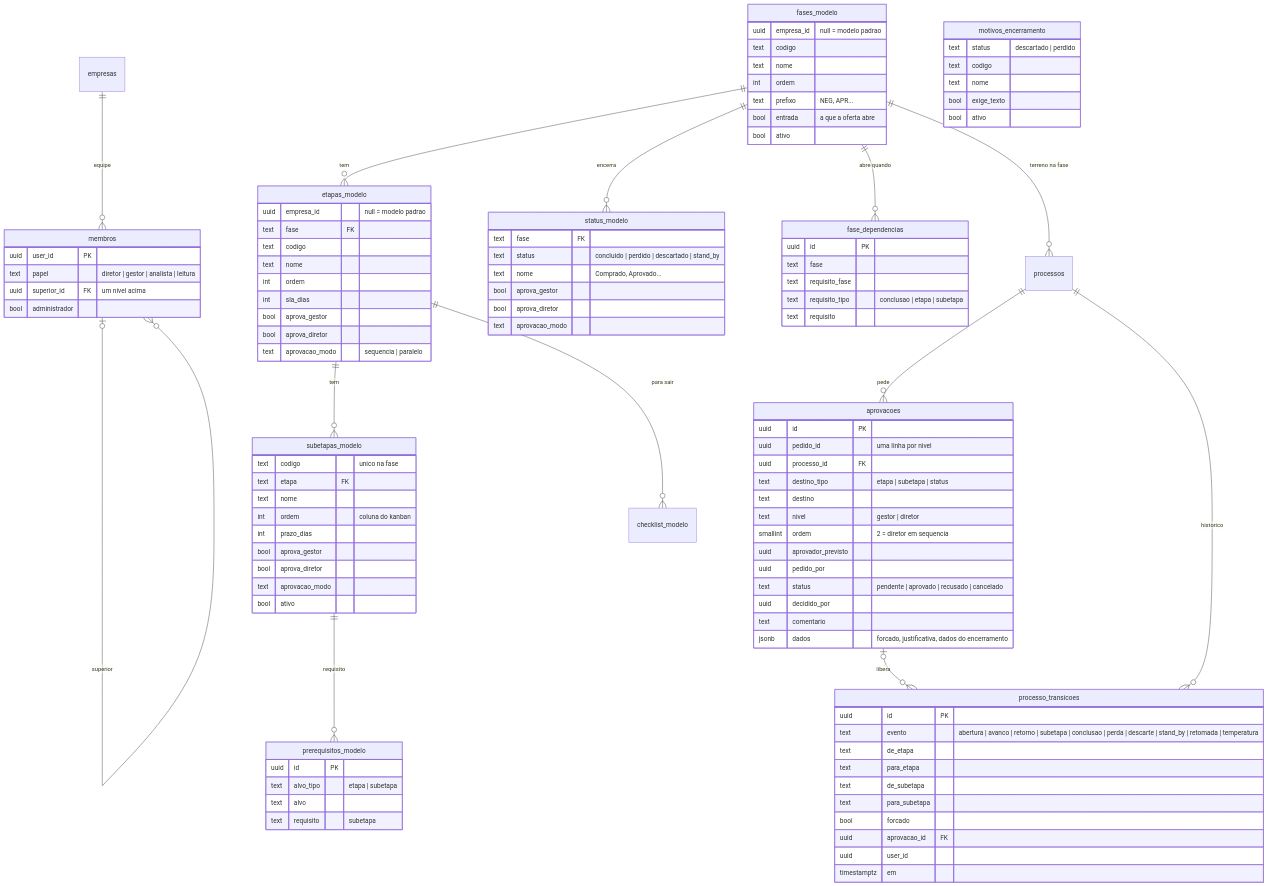
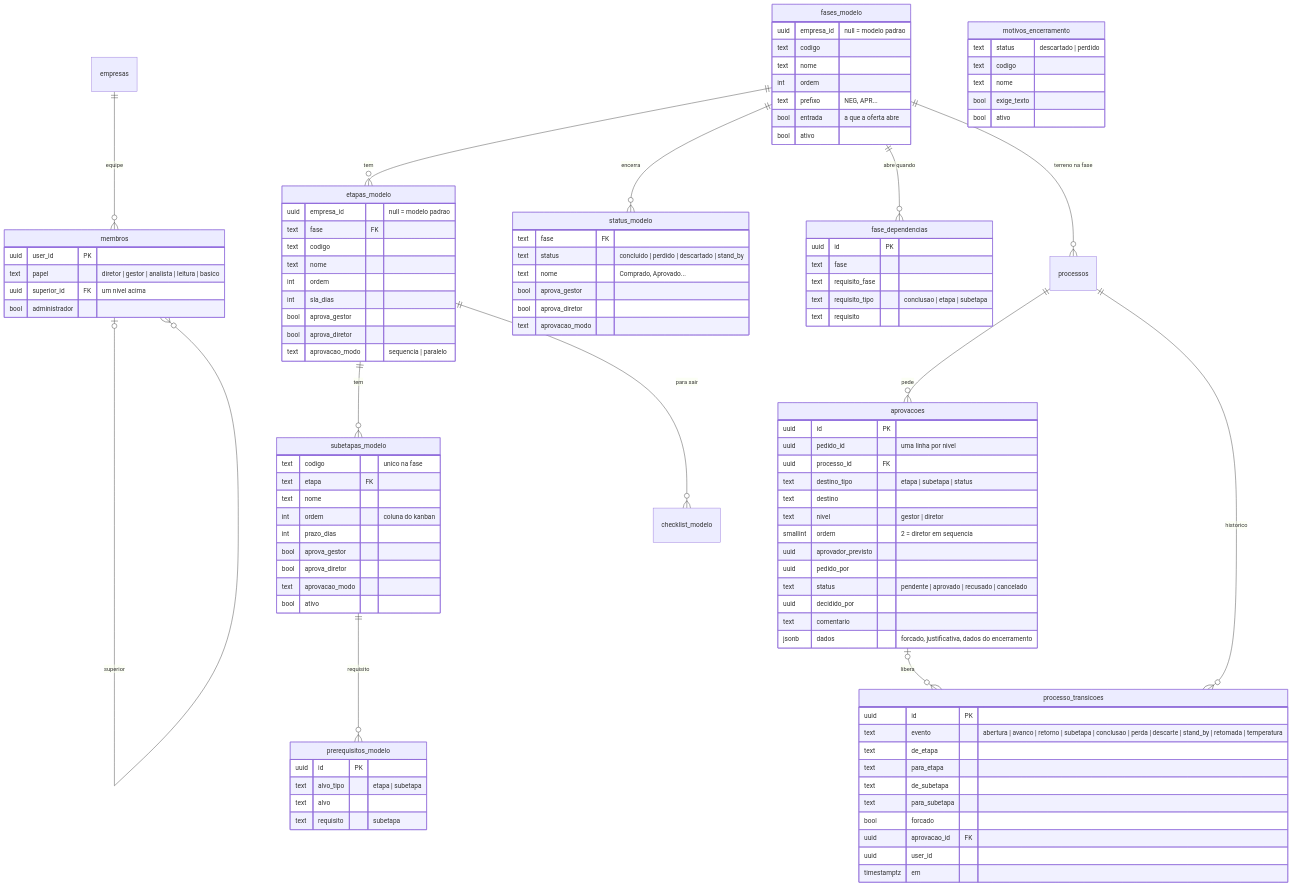
Before and after one commit to Mbekerman/bkm_terrenos-claude: the first of 7 diagrams in docs/modelo.md, drawn with Mermaid. The commit also changed other lines of this file and 5 other files, not shown here.

```diff
--- a/docs/modelo.md
+++ b/docs/modelo.md
@@ -105,7 +107,7 @@
 
   membros {
     uuid user_id PK
-    text papel "diretor | gestor | analista | leitura"
+    text papel "diretor | gestor | analista | leitura | basico"
     uuid superior_id FK "um nivel acima"
     bool administrador
   }
```
